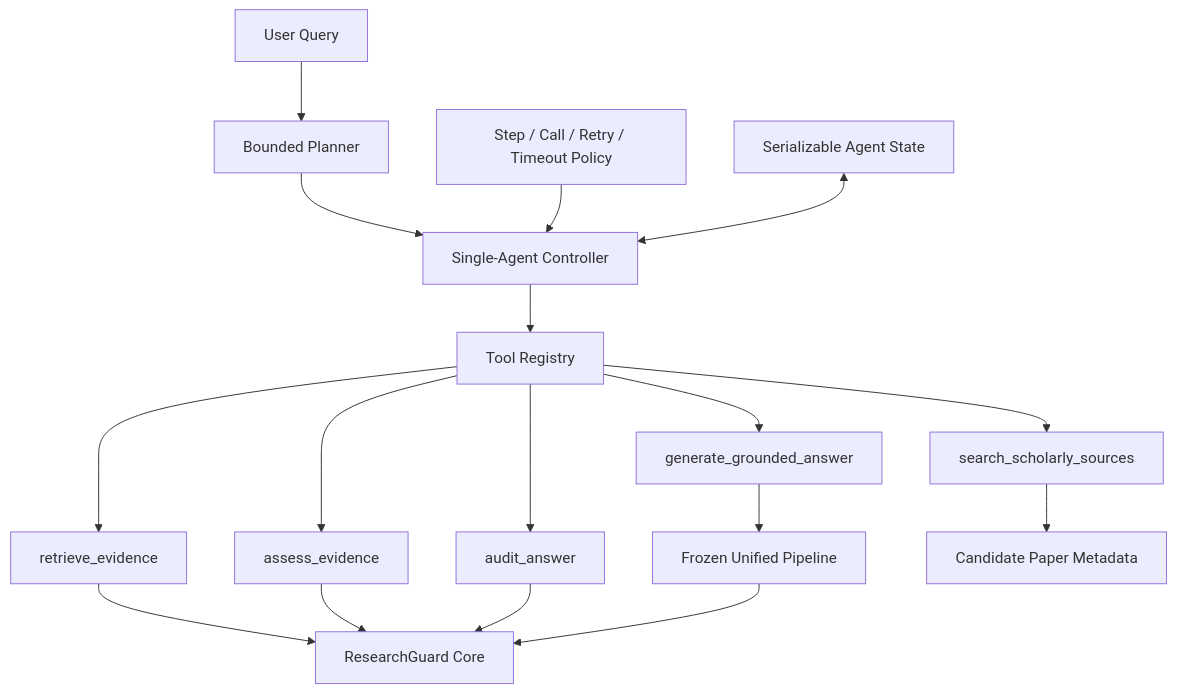
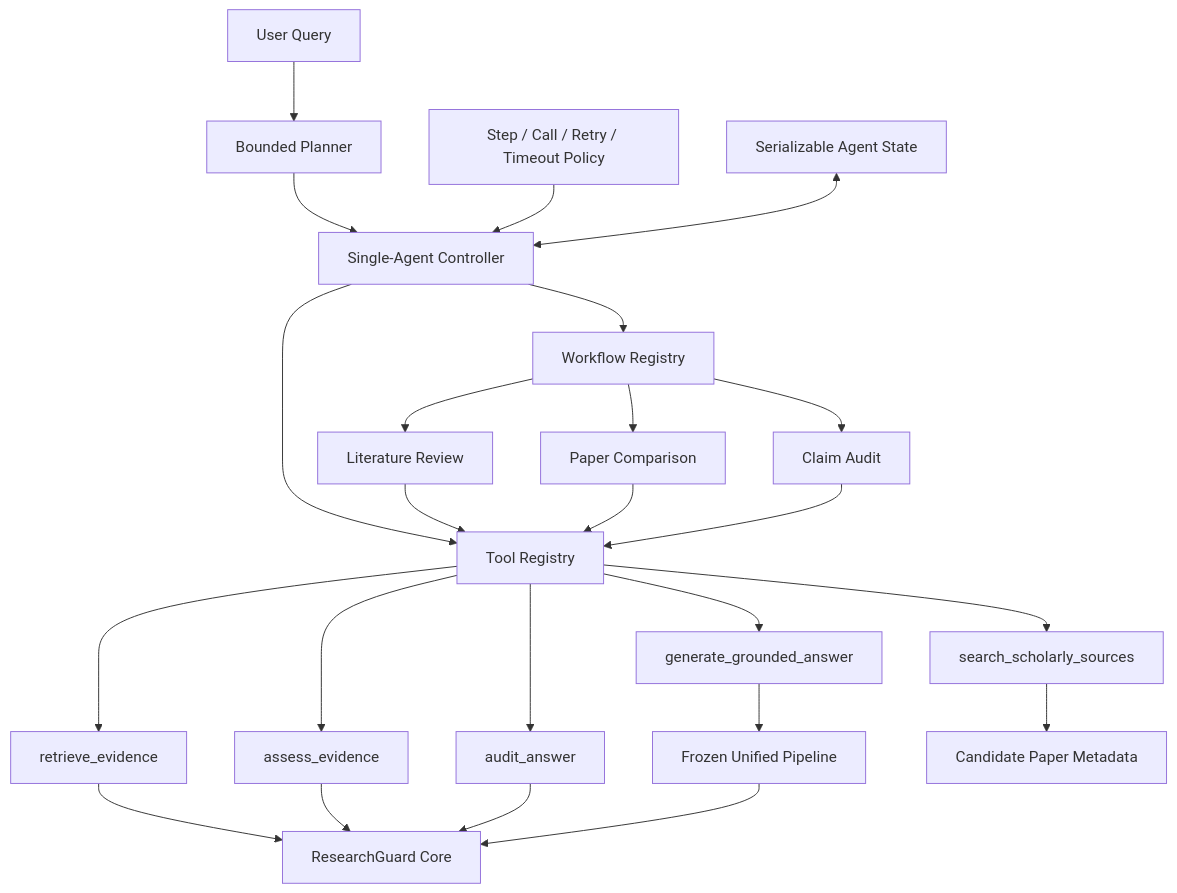
The second of 2 diagrams in README.md (Xzh1844963039/ResearchGuard-Agent), drawn with Mermaid before and after one commit. The commit also changed other lines of this file and 15 other files, not shown here.

````diff
--- a/README.md
+++ b/README.md
@@ -35,19 +35,26 @@
 ```mermaid
 flowchart TD
     Query["User Query"] --> Planner["Bounded Planner"]
     Planner --> Controller["Single-Agent Controller"]
     Policy["Step / Call / Retry / Timeout Policy"] --> Controller
     State["Serializable Agent State"] <--> Controller
+    Controller --> WorkflowRegistry["Workflow Registry"]
     Controller --> Registry["Tool Registry"]
+    WorkflowRegistry --> Review["Literature Review"]
+    WorkflowRegistry --> Compare["Paper Comparison"]
+    WorkflowRegistry --> Claim["Claim Audit"]
+    Review --> Registry
+    Compare --> Registry
+    Claim --> Registry
     Registry --> RetrievalTool["retrieve_evidence"]
     Registry --> EvidenceTool["assess_evidence"]
     Registry --> AnswerTool["generate_grounded_answer"]
     Registry --> AuditTool["audit_answer"]
     Registry --> ScholarTool["search_scholarly_sources"]
     RetrievalTool --> Core["ResearchGuard Core"]
     EvidenceTool --> Core
     AnswerTool --> Pipeline["Frozen Unified Pipeline"]
     AuditTool --> Core
     ScholarTool --> Candidates["Candidate Paper Metadata"]
     Pipeline --> Core
 ```
````
